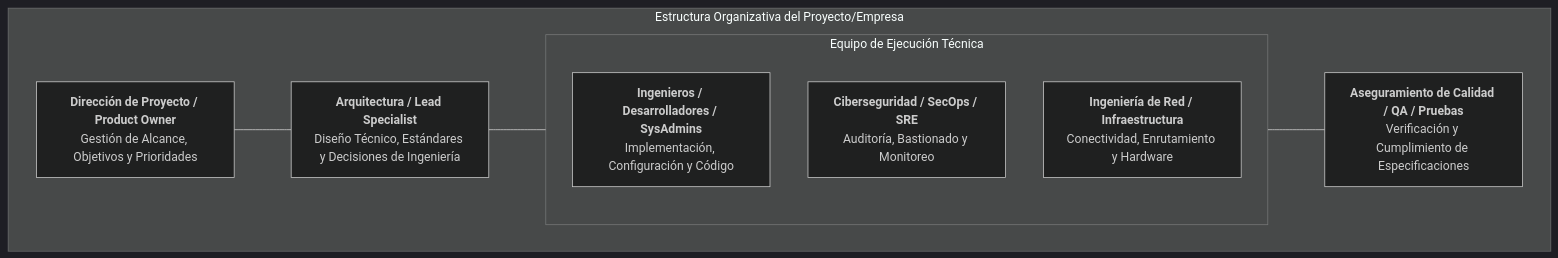
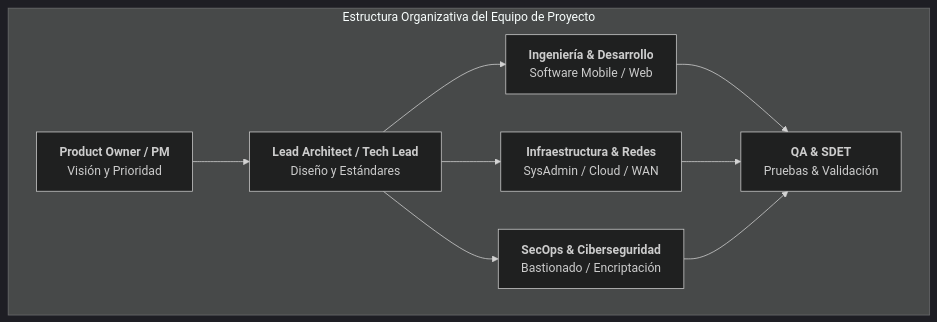
Before and after one commit to fencgut961/PI_26_27: the fourth of 13 diagrams in RA1.md, drawn with Mermaid (dark theme). The commit also changed other lines of this file, not shown here.

````diff
--- a/RA1.md
+++ b/RA1.md
@@ -156,19 +152,11 @@
 ```mermaid
-graph TD
-    subgraph Estructura_Organizativa_Tecnica [Estructura Organizativa del Proyecto/Empresa]
-        DIR[<b>Dirección de Proyecto / Product Owner</b><br/>Gestión de Alcance, Objetivos y Prioridades]
-        ARCH[<b>Arquitectura / Lead Specialist</b><br/>Diseño Técnico, Estándares y Decisiones de Ingeniería]
-        
-        subgraph Operaciones_y_Desarrollo [Equipo de Ejecución Técnica]
-            ENG[<b>Ingenieros / Desarrolladores / SysAdmins</b><br/>Implementación, Configuración y Código]
-            SECOPS[<b>Ciberseguridad / SecOps / SRE</b><br/>Auditoría, Bastionado y Monitoreo]
-            NET[<b>Ingeniería de Red / Infraestructura</b><br/>Conectividad, Enrutamiento y Hardware]
-        end
-
-        QA[<b>Aseguramiento de Calidad / QA / Pruebas</b><br/>Verificación y Cumplimiento de Especificaciones]
+flowchart LR
+    subgraph Squad [Estructura Organizativa del Equipo de Proyecto]
+        direction LR
+        PO[<b>Product Owner / PM</b><br/>Visión y Prioridad] --> ARCH[<b>Lead Architect / Tech Lead</b><br/>Diseño y Estándares]
+        ARCH --> DEV[<b>Ingeniería & Desarrollo</b><br/>Software Mobile / Web]
+        ARCH --> INFRA[<b>Infraestructura & Redes</b><br/>SysAdmin / Cloud / WAN]
+        ARCH --> SEC[<b>SecOps & Ciberseguridad</b><br/>Bastionado / Encriptación]
+        DEV & INFRA & SEC --> QA[<b>QA & SDET</b><br/>Pruebas & Validación]
     end
-
-    DIR --- ARCH
-    ARCH --- Operaciones_y_Desarrollo
-    Operaciones_y_Desarrollo --- QA
 ```
````
